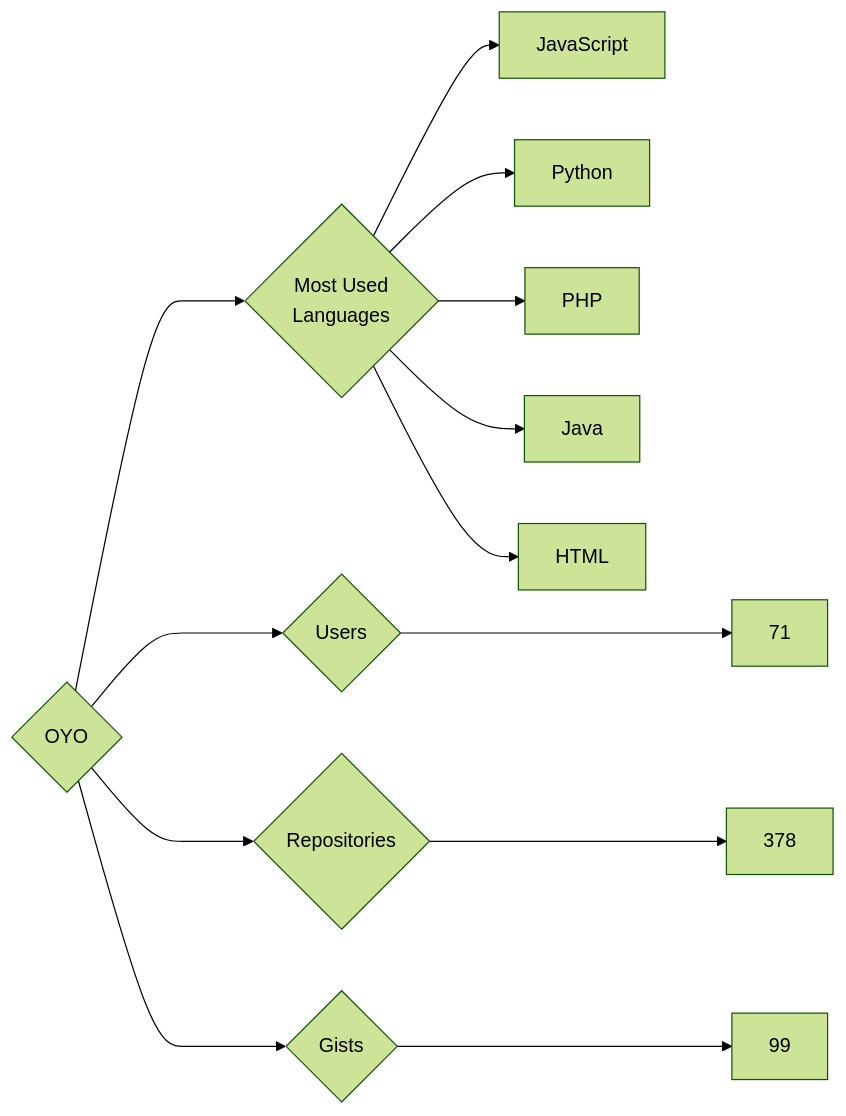
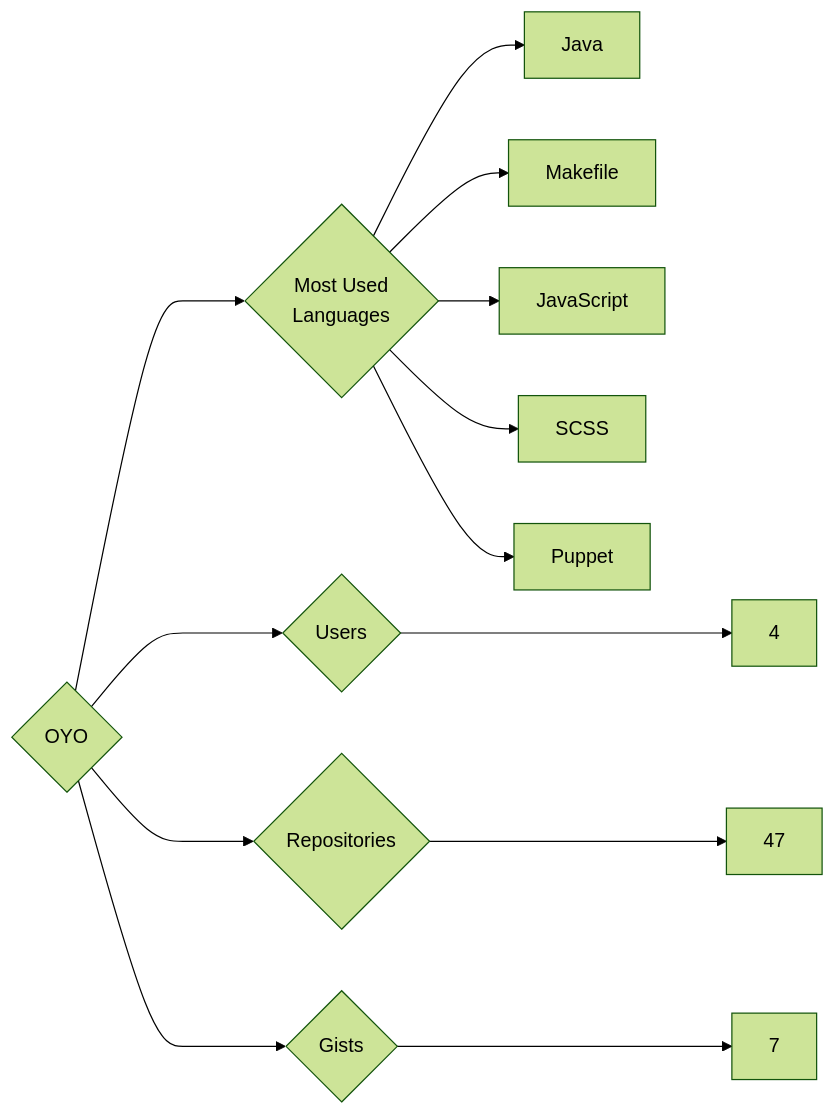
One commit to trickest/insiders changed the diagram in targets/OYO/README.md. Above: the diagram before and after it, drawn with Mermaid (forest theme). The commit also changed 748 other files, not shown here.

````diff
--- a/targets/OYO/README.md
+++ b/targets/OYO/README.md
@@ -3,13 +3,13 @@
 ```mermaid
 graph LR
 COMPANY_NAME{OYO}
-COMPANY_NAME ---> U{Users} ---> UN[71]
-COMPANY_NAME ---> R{Repositories} ---> RN[378]
-COMPANY_NAME ---> G{Gists} ---> GN[99]
+COMPANY_NAME ---> U{Users} ---> UN[4]
+COMPANY_NAME ---> R{Repositories} ---> RN[47]
+COMPANY_NAME ---> G{Gists} ---> GN[7]
 COMPANY_NAME ---> ML{Most Used<br>Languages}
+ML --> Java[Java]
+ML --> Makefile[Makefile]
 ML --> JavaScript[JavaScript]
-ML --> Python[Python]
-ML --> PHP[PHP]
-ML --> Java[Java]
-ML --> HTML[HTML]
+ML --> SCSS[SCSS]
+ML --> Puppet[Puppet]
 ```
````
